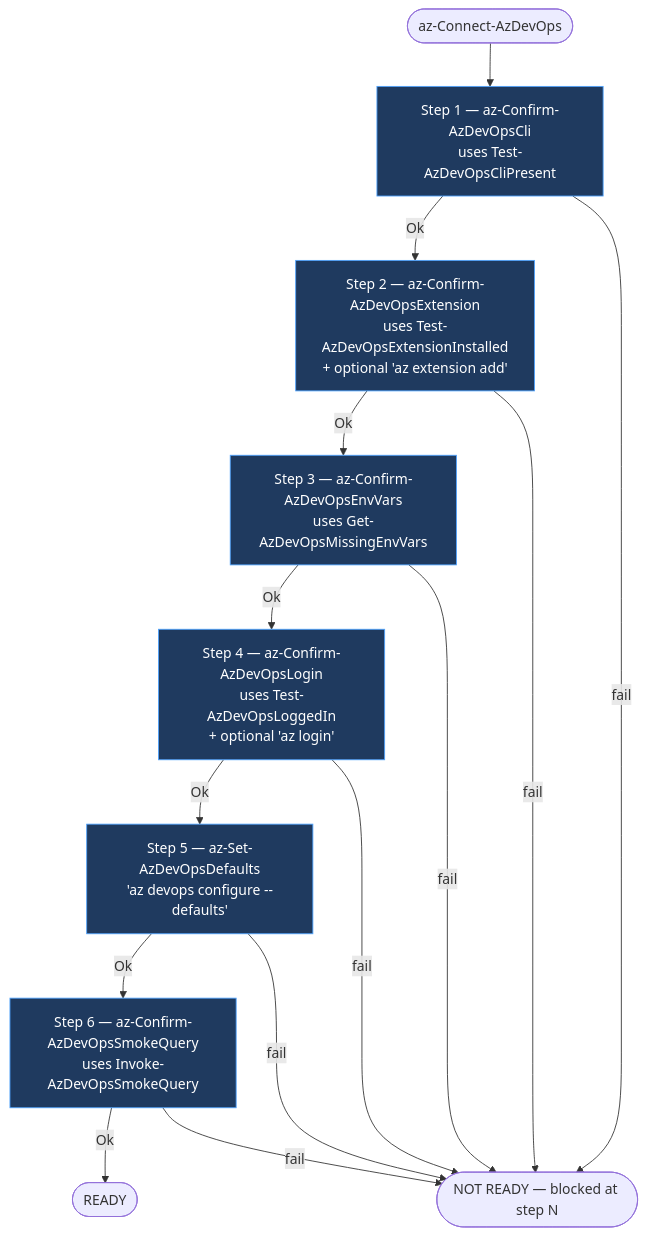
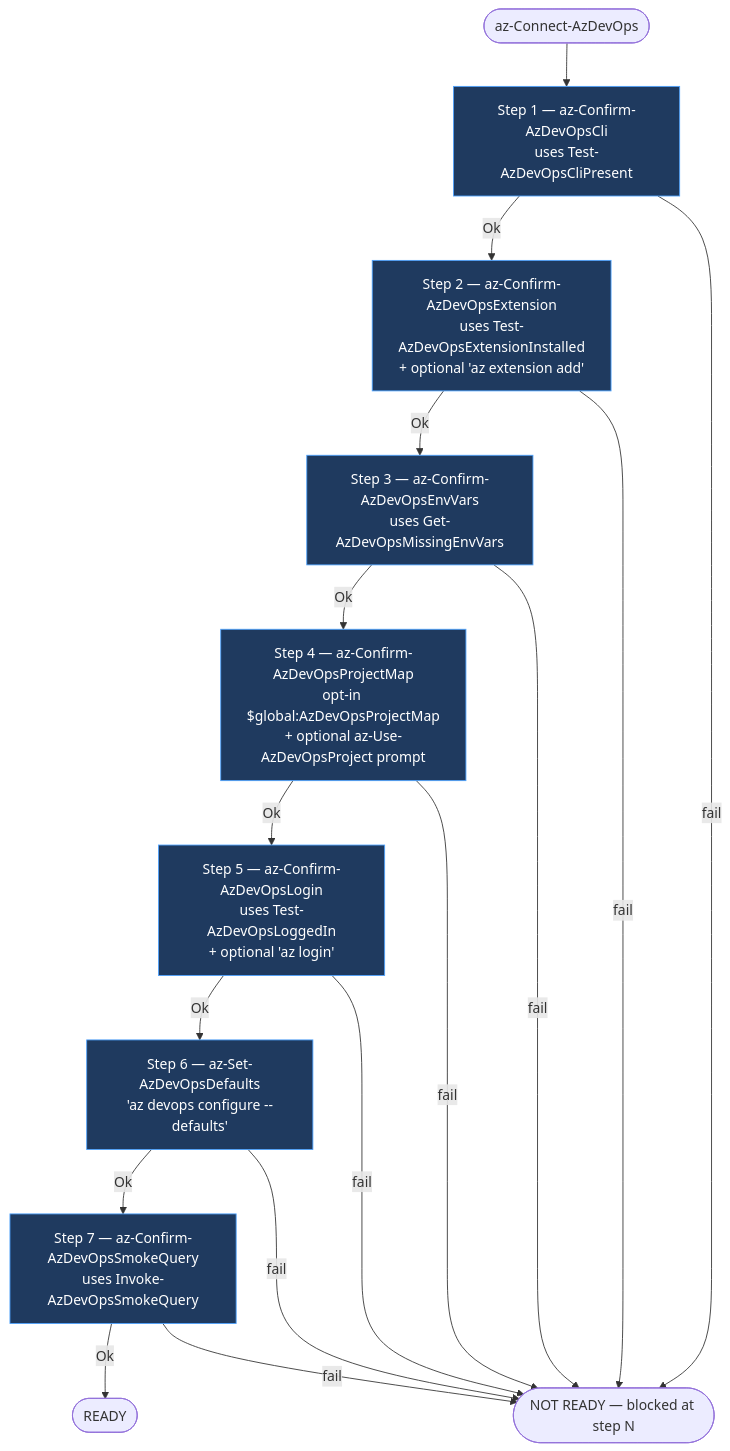
Before and after one commit to jdschleicher/bashcuts: the second of 12 diagrams in docs/azure-devops-diagrams.md, drawn with Mermaid. The commit also changed other lines of this file, not shown here.

````diff
--- a/docs/azure-devops-diagrams.md
+++ b/docs/azure-devops-diagrams.md
@@ -114,31 +114,34 @@
 ```mermaid
 flowchart TD
     Start([az-Connect-AzDevOps]) --> S1
 
     S1["Step 1 — az-Confirm-AzDevOpsCli<br/>uses Test-AzDevOpsCliPresent"]
     S2["Step 2 — az-Confirm-AzDevOpsExtension<br/>uses Test-AzDevOpsExtensionInstalled<br/>+ optional 'az extension add'"]
     S3["Step 3 — az-Confirm-AzDevOpsEnvVars<br/>uses Get-AzDevOpsMissingEnvVars"]
-    S4["Step 4 — az-Confirm-AzDevOpsLogin<br/>uses Test-AzDevOpsLoggedIn<br/>+ optional 'az login'"]
-    S5["Step 5 — az-Set-AzDevOpsDefaults<br/>'az devops configure --defaults'"]
-    S6["Step 6 — az-Confirm-AzDevOpsSmokeQuery<br/>uses Invoke-AzDevOpsSmokeQuery"]
+    S4["Step 4 — az-Confirm-AzDevOpsProjectMap<br/>opt-in $global:AzDevOpsProjectMap<br/>+ optional az-Use-AzDevOpsProject prompt"]
+    S5["Step 5 — az-Confirm-AzDevOpsLogin<br/>uses Test-AzDevOpsLoggedIn<br/>+ optional 'az login'"]
+    S6["Step 6 — az-Set-AzDevOpsDefaults<br/>'az devops configure --defaults'"]
+    S7["Step 7 — az-Confirm-AzDevOpsSmokeQuery<br/>uses Invoke-AzDevOpsSmokeQuery"]
 
     Ready([READY])
     NotReady([NOT READY — blocked at step N])
 
     S1 -- Ok --> S2
     S2 -- Ok --> S3
     S3 -- Ok --> S4
     S4 -- Ok --> S5
     S5 -- Ok --> S6
-    S6 -- Ok --> Ready
+    S6 -- Ok --> S7
+    S7 -- Ok --> Ready
 
     S1 -- fail --> NotReady
     S2 -- fail --> NotReady
     S3 -- fail --> NotReady
     S4 -- fail --> NotReady
     S5 -- fail --> NotReady
     S6 -- fail --> NotReady
+    S7 -- fail --> NotReady
 
     classDef step fill:#1f3a5f,stroke:#4ea3ff,color:#fff
-    class S1,S2,S3,S4,S5,S6 step
+    class S1,S2,S3,S4,S5,S6,S7 step
 ```
````
